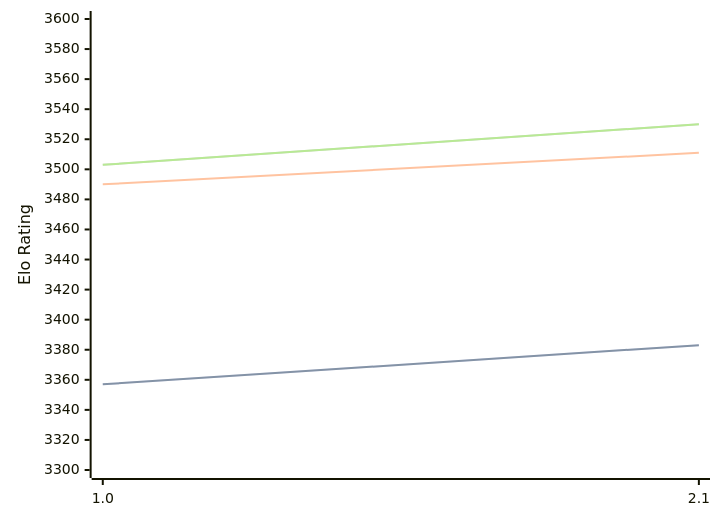
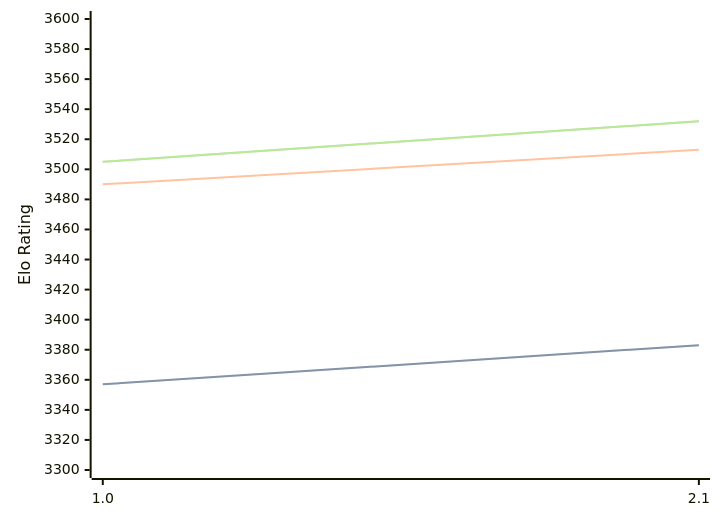
One commit to computer-chess-index/cci changed the first of 3 diagrams in engines/Hobbes.md. Above: the diagram before and after it, drawn with Mermaid. The commit also changed other lines of this file, not shown here.

Commit message:
Update CCI Ratings (ELO VLTC) - 2026-07-18

````diff
--- a/engines/Hobbes.md
+++ b/engines/Hobbes.md
@@ -33,11 +33,11 @@
 ```mermaid
 %%{init: {"theme":"base","themeVariables":{"seriesColors:['#a3a3a3','#222221','#faa371']}}}%%
 xychart-beta
   x-axis ["1.0", "2.1"]
   y-axis "Elo Rating" 3300 --> 3600
   line "STC (8.0+0.08s)" [3357, 3383]
   line "STC (8.0+0.08s)" [3357, 3383]
-  line "LTC (60.0+0.60s)" [3490, 3511]
-  line "VLTC (2m24s+1.12s)" [3503, 3530]
-  line "VLTC (2m24s+1.12s)" [3503, 3530]
+  line "LTC (60.0+0.60s)" [3490, 3513]
+  line "VLTC (2m24s+1.12s)" [3505, 3532]
+  line "VLTC (2m24s+1.12s)" [3505, 3532]
 ```
````
